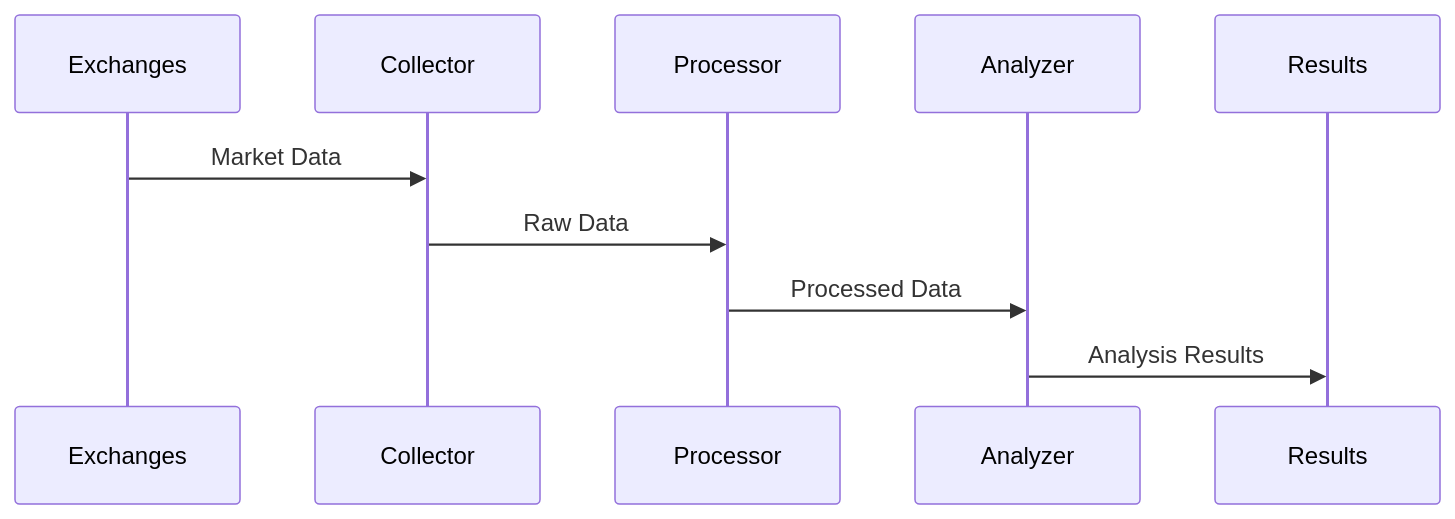
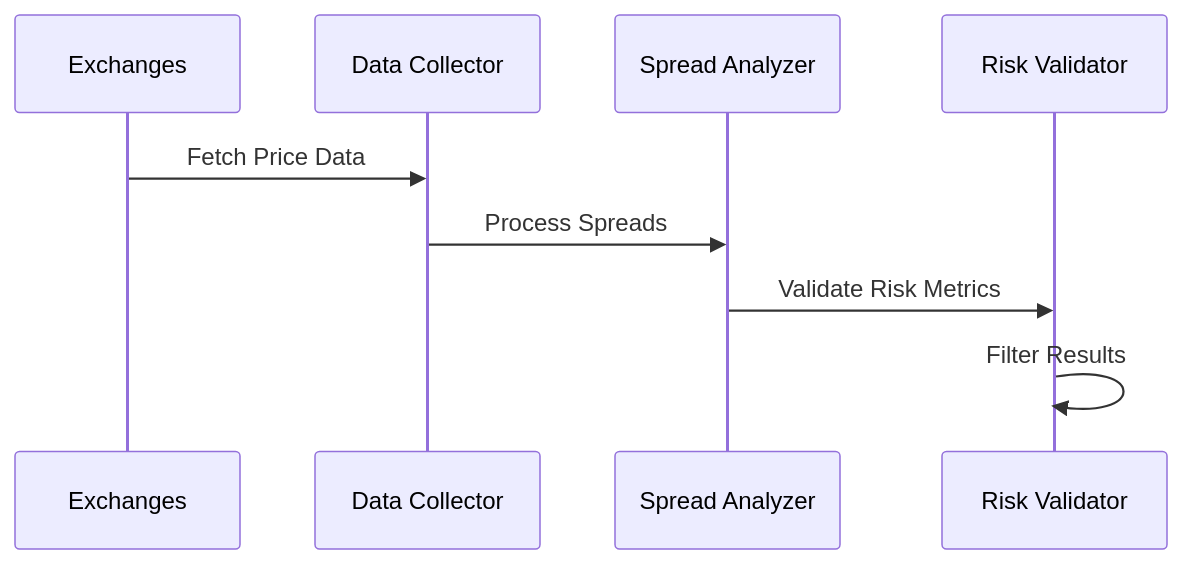
The second of 2 diagrams in README.md (nadeko0/arbitrage_analysis), drawn with Mermaid before and after one commit. The commit also changed other lines of this file, not shown here.

````diff
--- a/README.md
+++ b/README.md
@@ -126,13 +117,12 @@
 ```mermaid
 sequenceDiagram
     participant E as Exchanges
-    participant C as Collector
-    participant P as Processor
-    participant A as Analyzer
-    participant R as Results
+    participant D as Data Collector
+    participant S as Spread Analyzer
+    participant R as Risk Validator
     
-    E->>C: Market Data
-    C->>P: Raw Data
-    P->>A: Processed Data
-    A->>R: Analysis Results
+    E->>D: Fetch Price Data
+    D->>S: Process Spreads
+    S->>R: Validate Risk Metrics
+    R->>R: Filter Results
 ```
````
